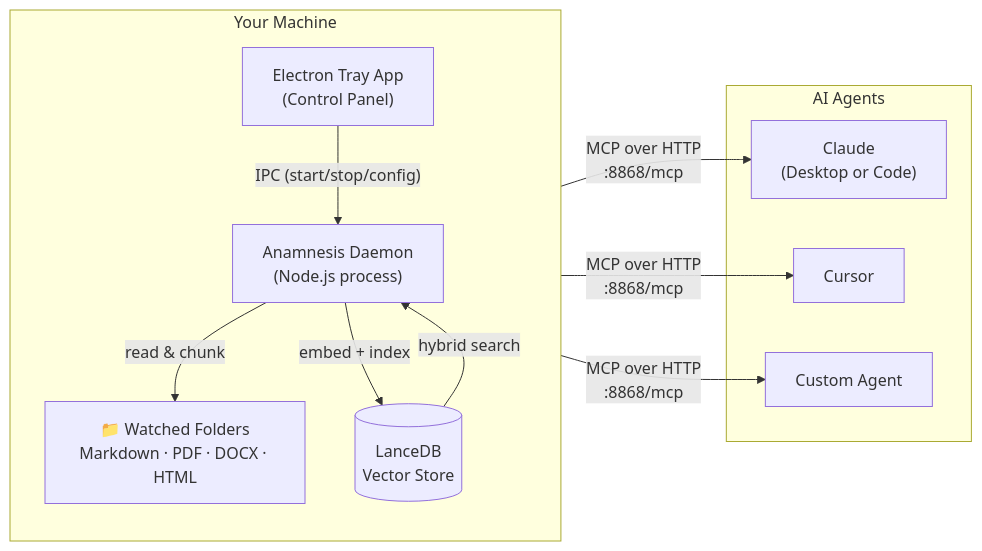
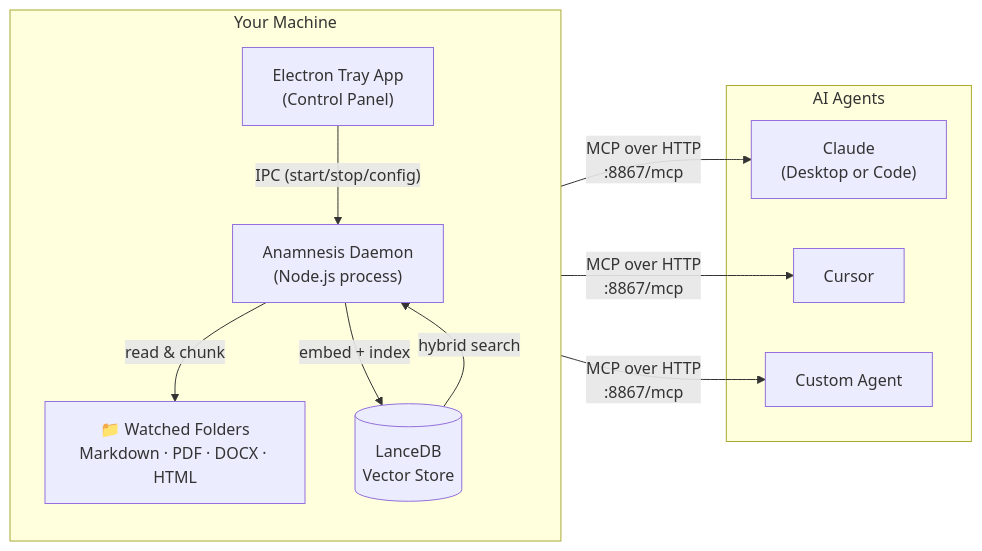
One commit to Chepech/anamnesis-standalone changed the diagram in README.md. Above: the diagram before and after it, drawn with Mermaid. The commit also changed other lines of this file, not shown here.

````diff
--- a/README.md
+++ b/README.md
@@ -90,25 +90,25 @@
 ```mermaid
 flowchart LR
     subgraph Desktop ["Your Machine"]
         direction TB
         Tray["Electron Tray App\n(Control Panel)"]
         Daemon["Anamnesis Daemon\n(Node.js process)"]
         DB[("LanceDB\nVector Store")]
         Files["📁 Watched Folders\nMarkdown · PDF · DOCX · HTML"]
 
         Tray -- "IPC (start/stop/config)" --> Daemon
         Daemon -- "read & chunk" --> Files
         Daemon -- "embed + index" --> DB
         DB -- "hybrid search" --> Daemon
     end
 
     subgraph Agents ["AI Agents"]
         Claude["Claude\n(Desktop or Code)"]
         Cursor["Cursor"]
         Custom["Custom Agent"]
     end
 
-    Daemon -- "MCP over HTTP\n:8868/mcp" --> Claude
-    Daemon -- "MCP over HTTP\n:8868/mcp" --> Cursor
-    Daemon -- "MCP over HTTP\n:8868/mcp" --> Custom
+    Daemon -- "MCP over HTTP\n:8867/mcp" --> Claude
+    Daemon -- "MCP over HTTP\n:8867/mcp" --> Cursor
+    Daemon -- "MCP over HTTP\n:8867/mcp" --> Custom
 ```
````
